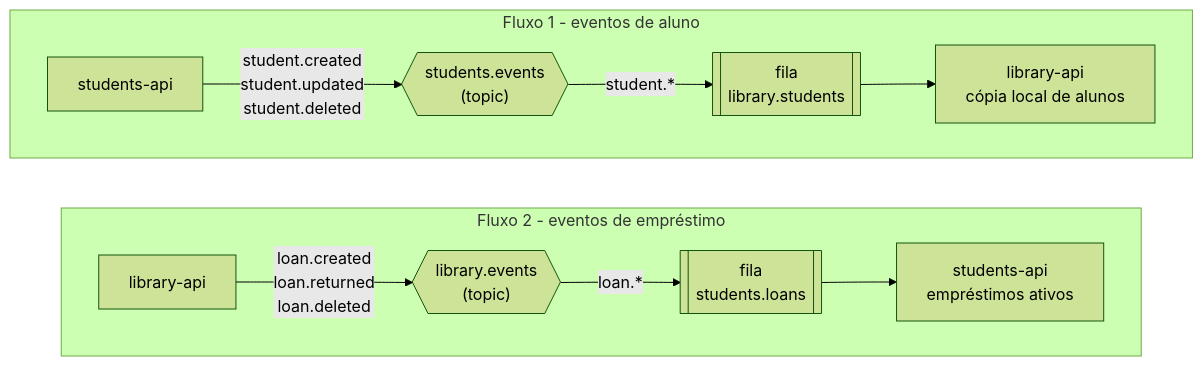
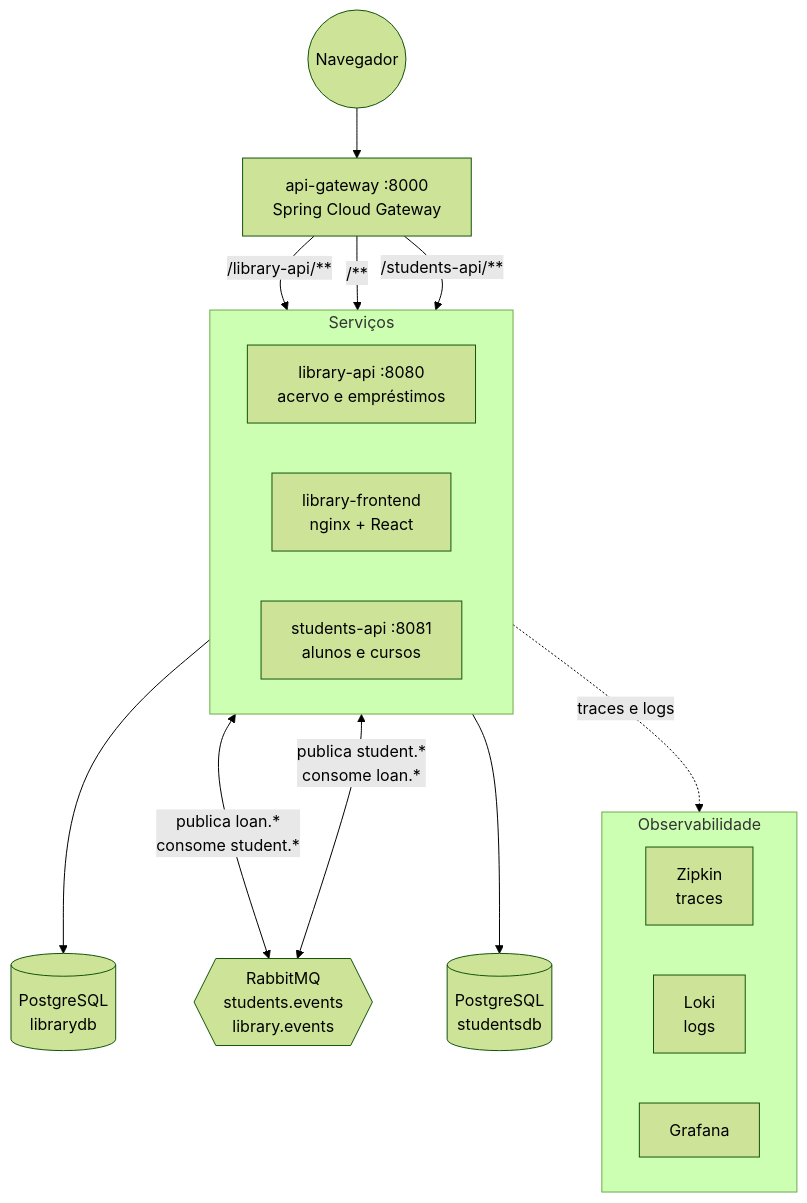
Before and after one commit to gustacassel/gustavo_cassel_PB_TP5: the first of 3 diagrams in README.md, drawn with Mermaid (forest theme). The commit also changed other lines of this file and 6 other files, not shown here.

Commit message:
Document TP5 architecture, deployment, monitoring and CI/CD

````diff
--- a/README.md
+++ b/README.md
@@ -54,16 +45,29 @@
 ```mermaid
-flowchart LR
-    subgraph F2["Fluxo 2 - eventos de empréstimo"]
+flowchart TB
+    U((Navegador)) --> GW["api-gateway :8000<br/>Spring Cloud Gateway"]
+
+    subgraph APPS["Serviços"]
         direction LR
-        L2[library-api] -- "loan.created<br/>loan.returned<br/>loan.deleted" --> LE{{"library.events<br/>(topic)"}}
-        LE -- "loan.*" --> QS[["fila<br/>students.loans"]]
-        QS --> S2[students-api<br/>empréstimos ativos]
+        LA["library-api :8080<br/>acervo e empréstimos"]
+        FE["library-frontend<br/>nginx + React"]
+        SA["students-api :8081<br/>alunos e cursos"]
     end
 
-    subgraph F1["Fluxo 1 - eventos de aluno"]
+    GW -- "/library-api/**" --> LA
+    GW -- "/**" --> FE
+    GW -- "/students-api/**" --> SA
+
+    LA --> LDB[("PostgreSQL<br/>librarydb")]
+    LA <-- "publica loan.*<br/>consome student.*" --> MQ{{"RabbitMQ<br/>students.events<br/>library.events"}}
+    SA <-- "publica student.*<br/>consome loan.*" --> MQ
+    SA --> SDB[("PostgreSQL<br/>studentsdb")]
+
+    subgraph OBS["Observabilidade"]
         direction LR
-        S1[students-api] -- "student.created<br/>student.updated<br/>student.deleted" --> SE{{"students.events<br/>(topic)"}}
-        SE -- "student.*" --> QL[["fila<br/>library.students"]]
-        QL --> L1[library-api<br/>cópia local de alunos]
+        ZK["Zipkin<br/>traces"]
+        LK["Loki<br/>logs"]
+        GF["Grafana"]
     end
+
+    APPS -. "traces e logs" .-> OBS
 ```
````
